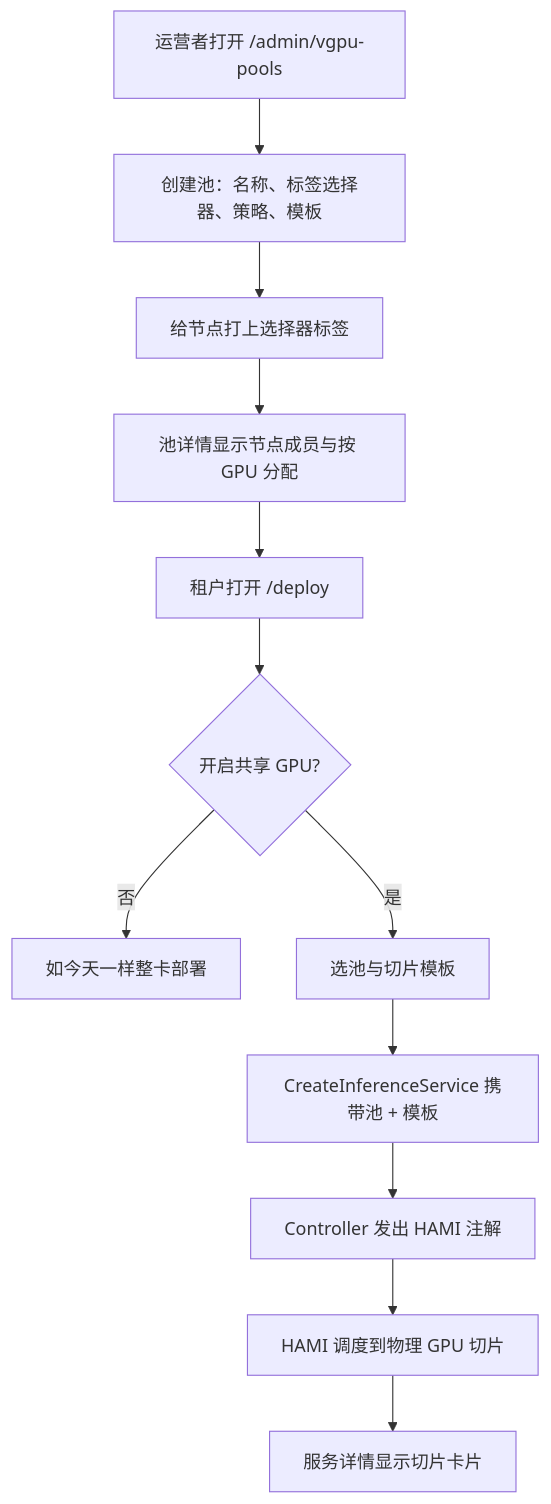
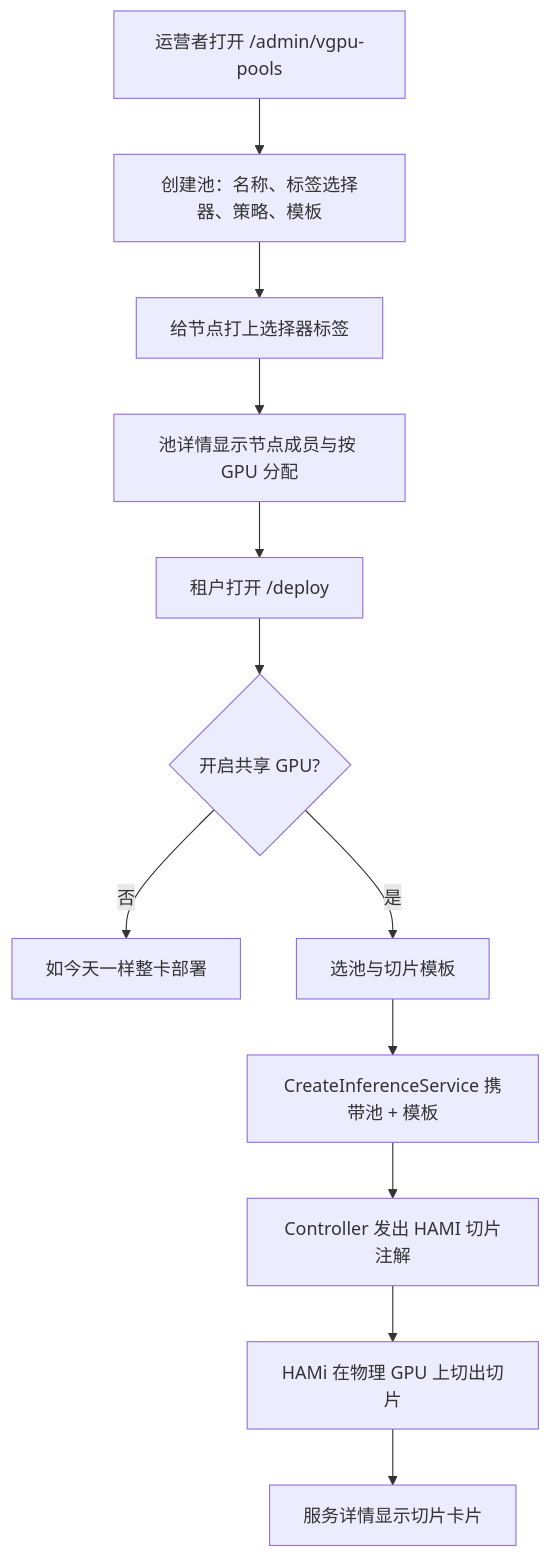
The first of 2 diagrams in site/docs/design/vgpu-slicing-pool.zh-cn.md (go-taas/go-taas), drawn with Mermaid before and after one commit. The commit also changed other lines of this file and 24 other files, not shown here.

First line of the commit message:
docs(vgpu): scope HAMi to GPU slicing only

````diff
--- a/site/docs/design/vgpu-slicing-pool.zh-cn.md
+++ b/site/docs/design/vgpu-slicing-pool.zh-cn.md
@@ -190,14 +192,14 @@
 ```mermaid
 flowchart TD
     A[运营者打开 /admin/vgpu-pools] --> B[创建池：名称、标签选择器、策略、模板]
     B --> C[给节点打上选择器标签]
     C --> D[池详情显示节点成员与按 GPU 分配]
     D --> E[租户打开 /deploy]
     E --> F{开启共享 GPU?}
     F -- 否 --> G[如今天一样整卡部署]
     F -- 是 --> H[选池与切片模板]
     H --> I[CreateInferenceService 携带池 + 模板]
-    I --> J[Controller 发出 HAMI 注解]
-    J --> K[HAMI 调度到物理 GPU 切片]
+    I --> J[Controller 发出 HAMI 切片注解]
+    J --> K[HAMi 在物理 GPU 上切出切片]
     K --> L[服务详情显示切片卡片]
 ```
````
